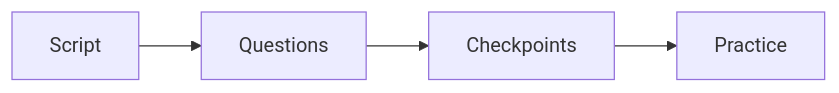
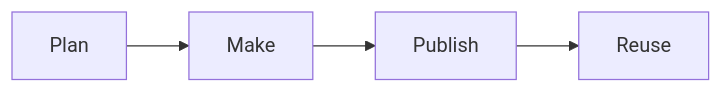
Before and after one commit to redrhino-online/red-canon: the third of 7 diagrams in docs/method/develop-audience.md, drawn with Mermaid. The commit also changed other lines of this file and 3 other files, not shown here.

````diff
--- a/docs/method/develop-audience.md
+++ b/docs/method/develop-audience.md
@@ -52,4 +40,4 @@
 ```mermaid
 flowchart LR
-    A[Script] --> B[Questions] --> C[Checkpoints] --> D[Practice]
+    A[Plan] --> B[Make] --> C[Publish] --> D[Reuse]
 ```
````
